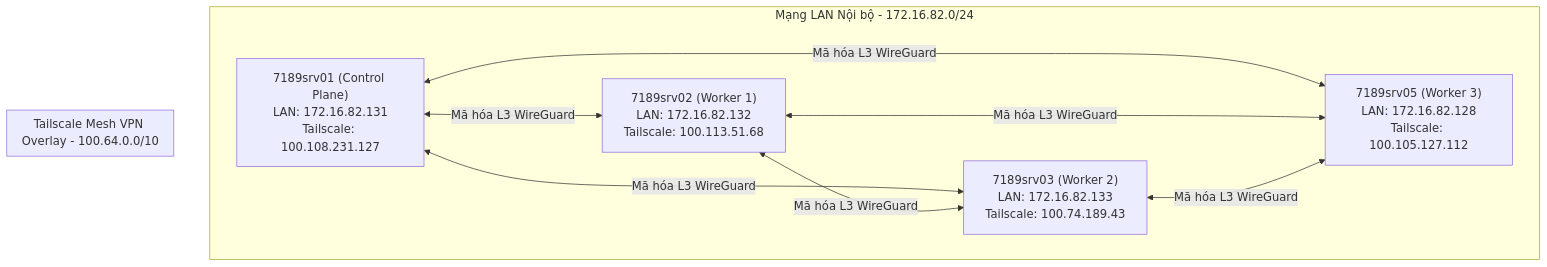
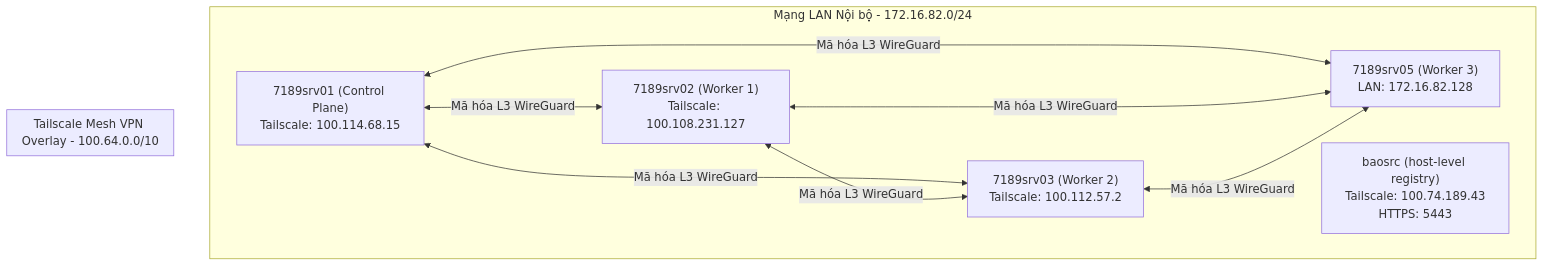
Before and after one commit to pTBgH/DATN: the diagram in knowledge-base/50-physical-topology-and-flows.md, drawn with Mermaid. The commit also changed other lines of this file and 15 other files, not shown here.

````diff
--- a/knowledge-base/50-physical-topology-and-flows.md
+++ b/knowledge-base/50-physical-topology-and-flows.md
@@ -11,18 +15,19 @@
 ```mermaid
 graph TD
     subgraph LAN [Mạng LAN Nội bộ - 172.16.82.0/24]
-        srv01["7189srv01 (Control Plane)<br>LAN: 172.16.82.131<br>Tailscale: 100.108.231.127"]
-        srv02["7189srv02 (Worker 1)<br>LAN: 172.16.82.132<br>Tailscale: 100.113.51.68"]
-        srv03["7189srv03 (Worker 2)<br>LAN: 172.16.82.133<br>Tailscale: 100.74.189.43"]
-        srv05["7189srv05 (Worker 3)<br>LAN: 172.16.82.128<br>Tailscale: 100.105.127.112"]
+        srv01["7189srv01 (Control Plane)<br>Tailscale: 100.114.68.15"]
+        srv02["7189srv02 (Worker 1)<br>Tailscale: 100.108.231.127"]
+        srv03["7189srv03 (Worker 2)<br>Tailscale: 100.112.57.2"]
+        srv05["7189srv05 (Worker 3)<br>LAN: 172.16.82.128"]
+        baosrc["baosrc (host-level registry)<br>Tailscale: 100.74.189.43<br>HTTPS: 5443"]
     end
 
     subgraph Tailscale [Tailscale Mesh VPN Overlay - 100.64.0.0/10]
         srv01 <-->|Mã hóa L3 WireGuard| srv02
         srv01 <-->|Mã hóa L3 WireGuard| srv03
         srv01 <-->|Mã hóa L3 WireGuard| srv05
         srv02 <-->|Mã hóa L3 WireGuard| srv03
         srv02 <-->|Mã hóa L3 WireGuard| srv05
         srv03 <-->|Mã hóa L3 WireGuard| srv05
     end
 ```
````
